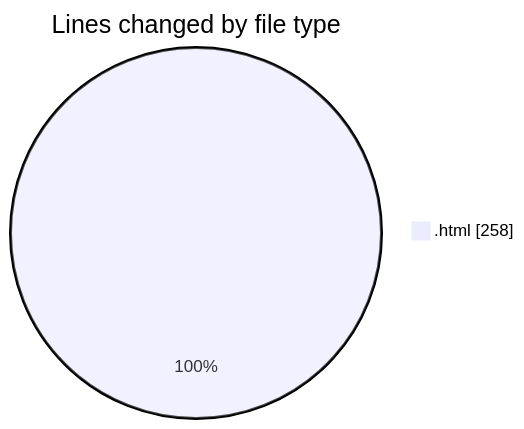
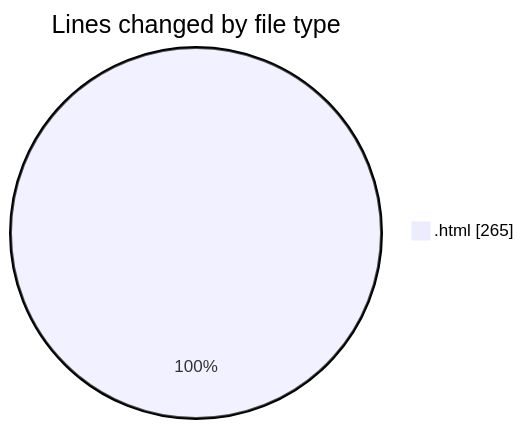
The first of 2 diagrams in 2025-01-10/nueva_carpeta/README.md (LanceThiago/code-tracking), drawn with Mermaid before and after one commit. The commit also changed other lines of this file and 1 other file, not shown here.

````diff
--- a/2025-01-10/nueva_carpeta/README.md
+++ b/2025-01-10/nueva_carpeta/README.md
@@ -20,5 +20,5 @@
 ```mermaid
 pie showData
 title Lines changed by file type
-".html" : 258
+".html" : 265
 ```
````
